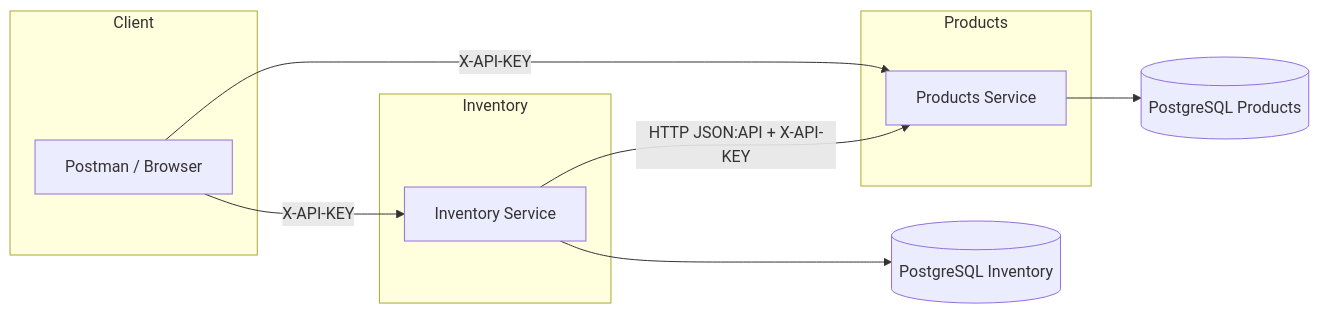
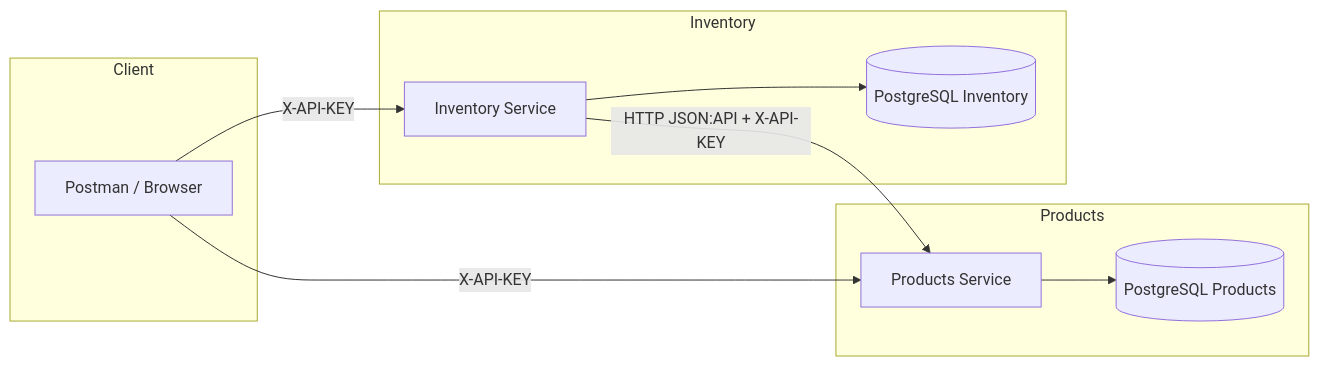
Before and after one commit to omarhernandezrey/linktic-backend: the first of 2 diagrams in README.md, drawn with Mermaid. The commit also changed other lines of this file and 7 other files, not shown here.

Commit message:
test(products): stabilize context tests with H2 profile; chore(inventory): read SERVER_PORT from env for Docker health; docs: README usage and architecture clarified

````diff
--- a/README.md
+++ b/README.md
@@ -66,20 +27,20 @@
 ```mermaid
 flowchart LR
   subgraph Client
     A[Postman / Browser]
   end
   subgraph Products
     PAPI[Products Service]
+    DB1[(PostgreSQL Products)]
   end
   subgraph Inventory
     IAPI[Inventory Service]
+    DB2[(PostgreSQL Inventory)]
   end
-  DB1[(PostgreSQL Products)]
-  DB2[(PostgreSQL Inventory)]
 
   A -->|X-API-KEY| PAPI
   A -->|X-API-KEY| IAPI
   IAPI -->|HTTP JSON:API + X-API-KEY| PAPI
   PAPI --> DB1
   IAPI --> DB2
 ```
````
